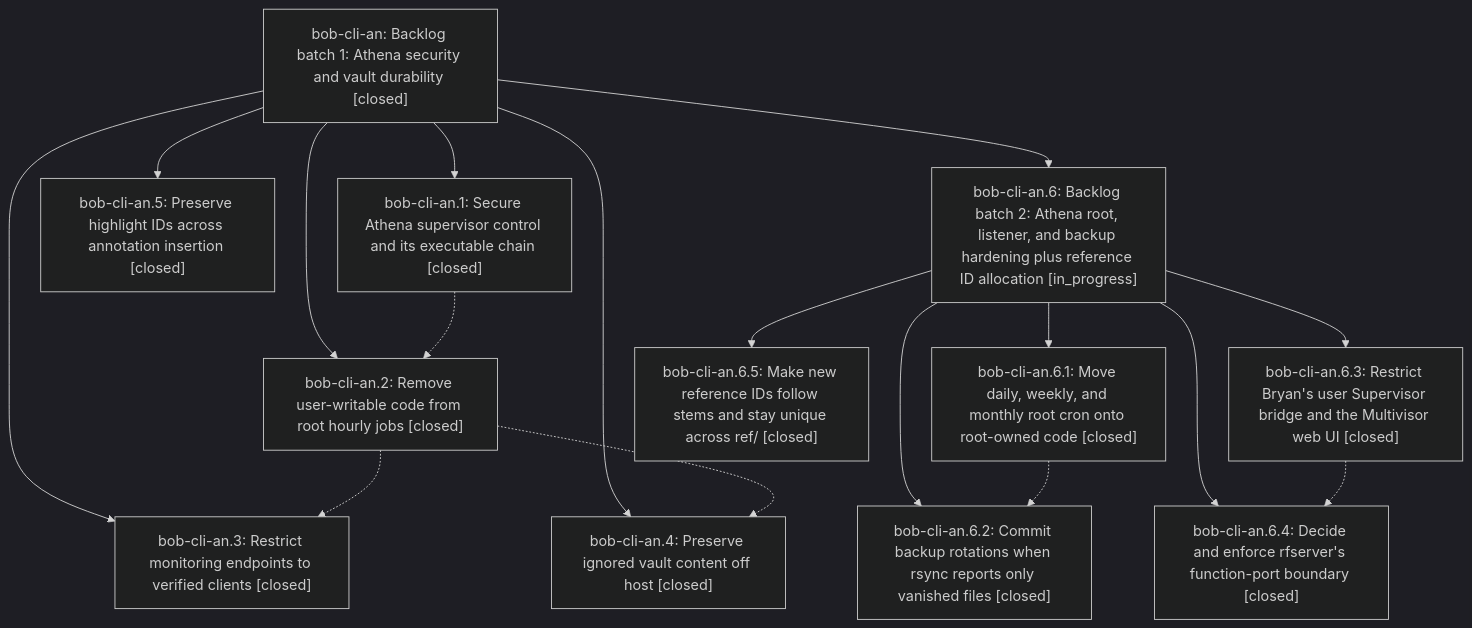
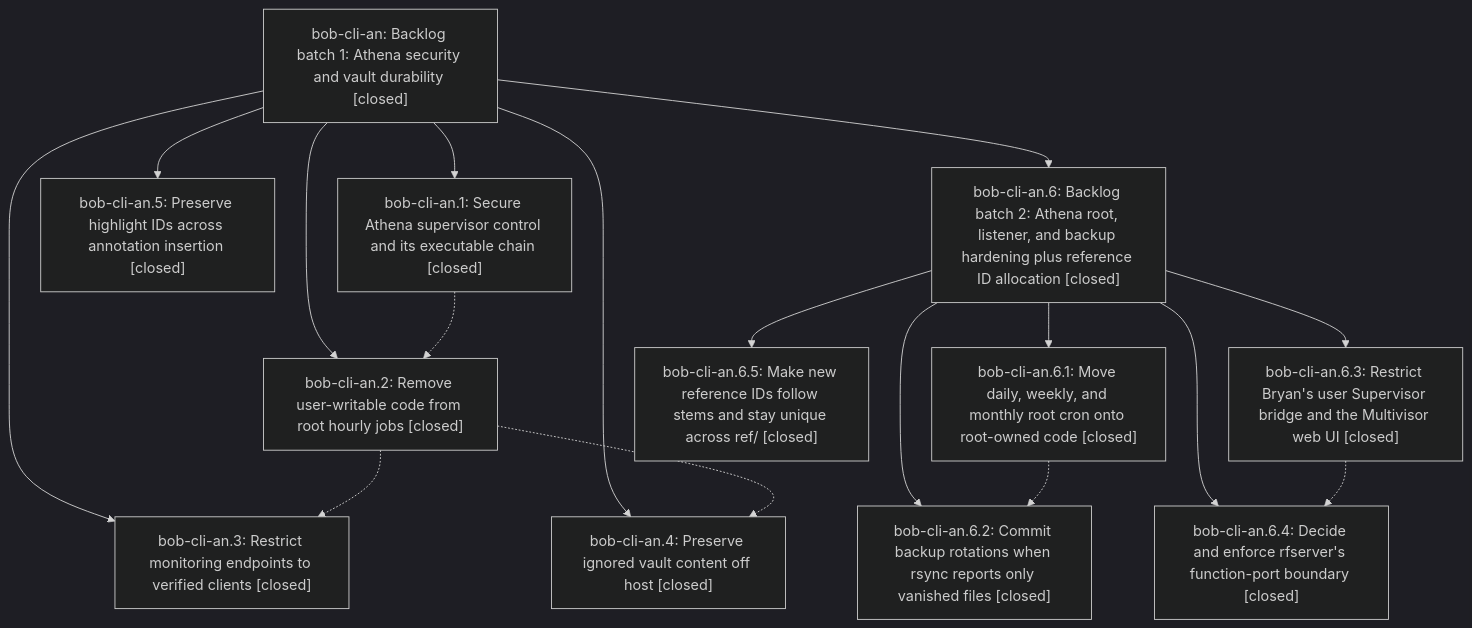
The diagram in pages/bob-cli-an/README.md (bobs-org/bob-cli--beads), drawn with Mermaid (dark theme) before and after one commit. The commit also changed other lines of this file and 6 other files, not shown here.

First line of the commit message:
chore(beads): sync bead state and pages for bob-cli-an

````diff
--- a/pages/bob-cli-an/README.md
+++ b/pages/bob-cli-an/README.md
@@ -48,31 +48,31 @@
 ```mermaid
 flowchart TD
     n0["bob-cli-an: Backlog batch 1: Athena security and vault durability [closed]"]
     n1["bob-cli-an.1: Secure Athena supervisor control and its executable chain [closed]"]
     n2["bob-cli-an.2: Remove user-writable code from root hourly jobs [closed]"]
     n3["bob-cli-an.3: Restrict monitoring endpoints to verified clients [closed]"]
     n4["bob-cli-an.4: Preserve ignored vault content off host [closed]"]
     n5["bob-cli-an.5: Preserve highlight IDs across annotation insertion [closed]"]
-    n6["bob-cli-an.6: Backlog batch 2: Athena root, listener, and backup hardening plus reference ID allocation [in_progress]"]
+    n6["bob-cli-an.6: Backlog batch 2: Athena root, listener, and backup hardening plus reference ID allocation [closed]"]
     n7["bob-cli-an.6.1: Move daily, weekly, and monthly root cron onto root-owned code [closed]"]
     n8["bob-cli-an.6.2: Commit backup rotations when rsync reports only vanished files [closed]"]
     n9["bob-cli-an.6.3: Restrict Bryan's user Supervisor bridge and the Multivisor web UI [closed]"]
     n10["bob-cli-an.6.4: Decide and enforce rfserver's function-port boundary [closed]"]
     n11["bob-cli-an.6.5: Make new reference IDs follow stems and stay unique across ref/ [closed]"]
     n0 --> n1
     n0 --> n2
     n0 --> n3
     n0 --> n4
     n0 --> n5
     n0 --> n6
     n6 --> n7
     n6 --> n8
     n6 --> n9
     n6 --> n10
     n6 --> n11
     n1 -.-> n2
     n2 -.-> n3
     n2 -.-> n4
     n7 -.-> n8
     n9 -.-> n10
 ```
````
